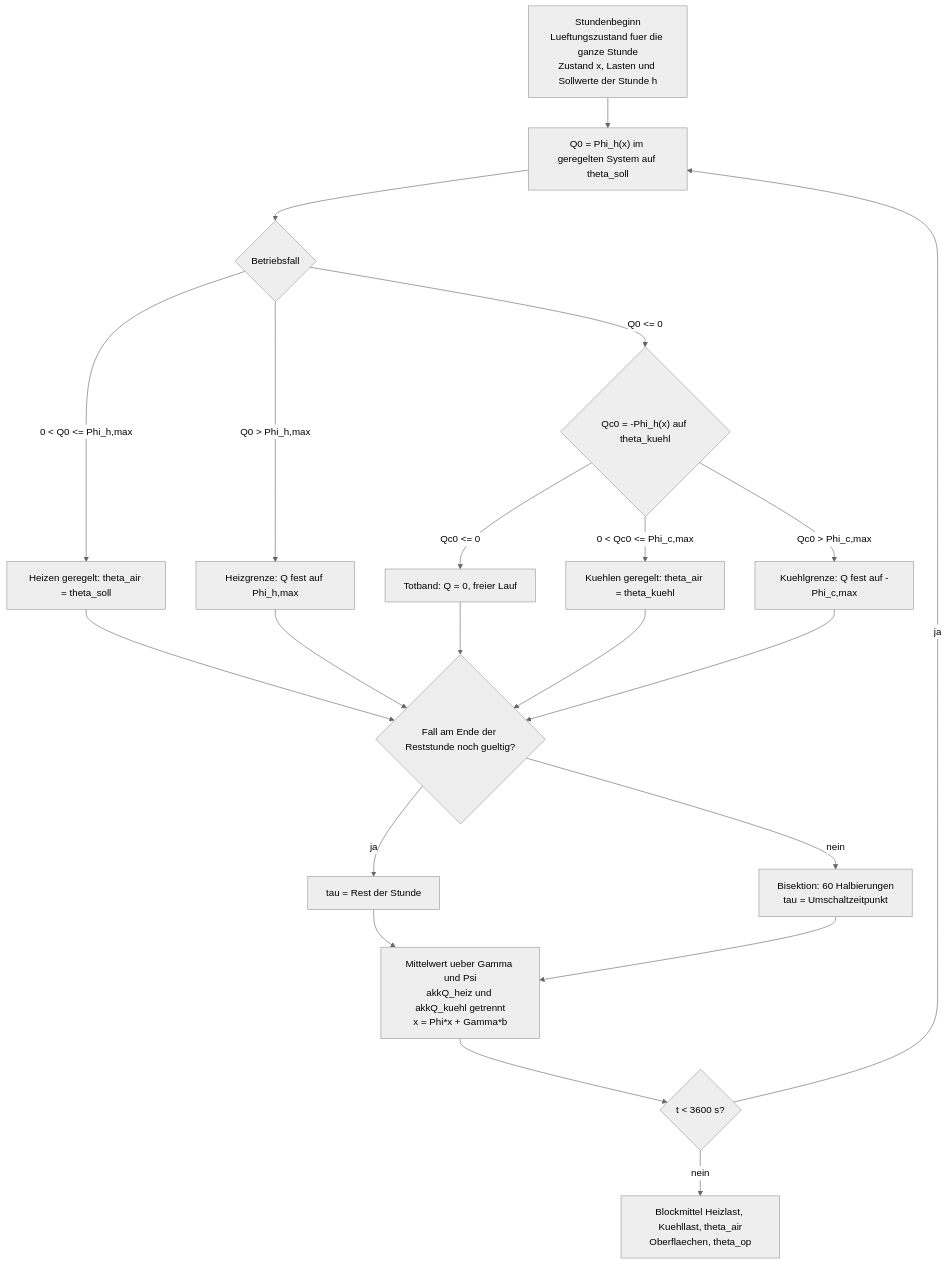
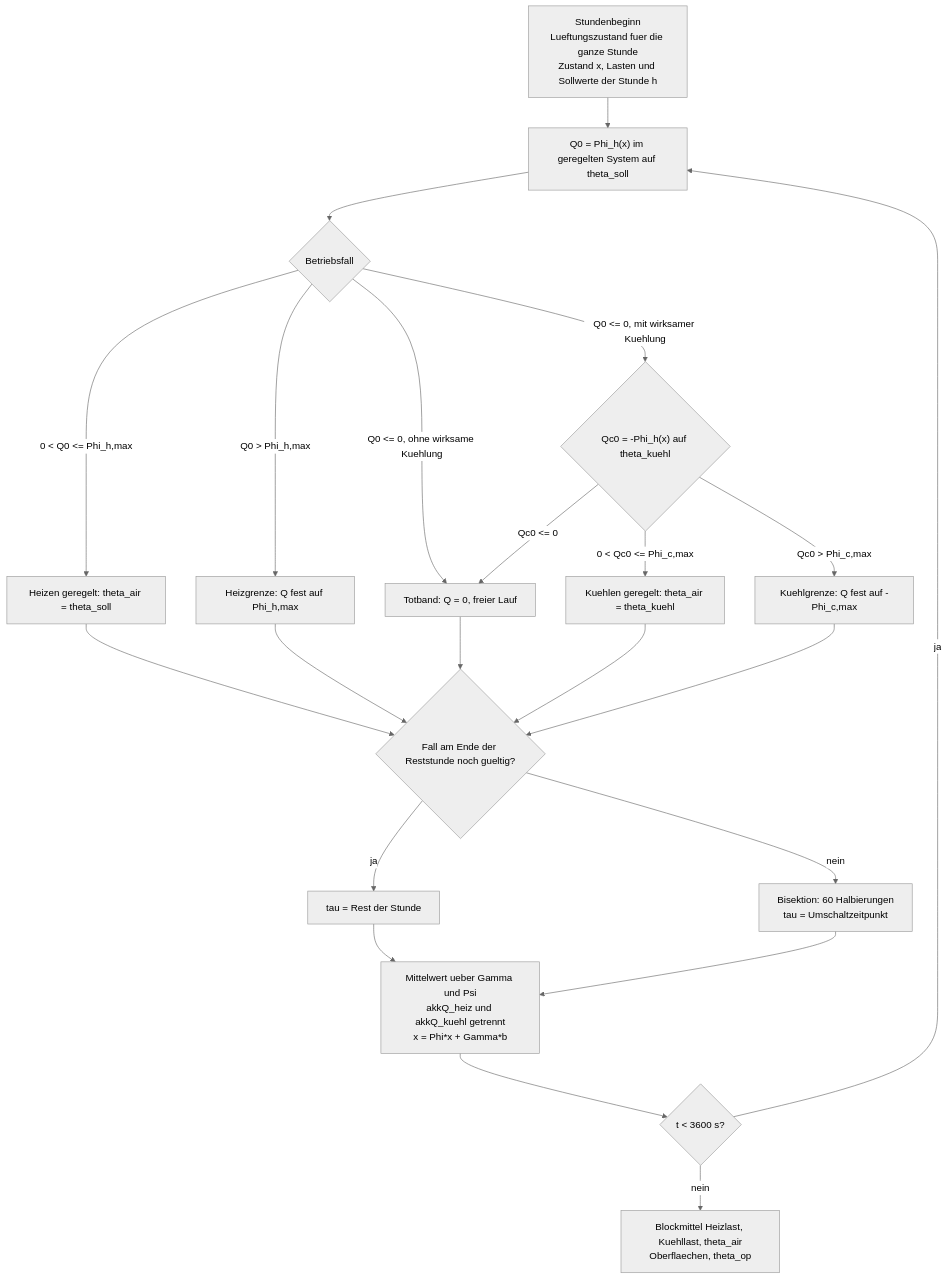
One commit to inekon/EPOS-Plan changed the second of 2 diagrams in Dokumentation/aktuell/Rechenschritte_Gebaeudesimulation_VDI6007_EPOS-Plan.md. Above: the diagram before and after it, drawn with Mermaid (neutral theme). The commit also changed other lines of this file and 32 other files, not shown here.

````diff
--- a/Dokumentation/aktuell/Rechenschritte_Gebaeudesimulation_VDI6007_EPOS-Plan.md
+++ b/Dokumentation/aktuell/Rechenschritte_Gebaeudesimulation_VDI6007_EPOS-Plan.md
@@ -1067,23 +1075,24 @@
 ```mermaid
 flowchart TD
     S["Stundenbeginn<br/>Lueftungszustand fuer die ganze Stunde<br/>Zustand x, Lasten und Sollwerte der Stunde h"] --> Q["Q0 = Phi_h(x) im geregelten System auf theta_soll"]
     Q --> P{"Betriebsfall"}
     P -->|"0 &lt; Q0 &lt;= Phi_h,max"| R["Heizen geregelt: theta_air = theta_soll"]
     P -->|"Q0 &gt; Phi_h,max"| L["Heizgrenze: Q fest auf Phi_h,max"]
-    P -->|"Q0 &lt;= 0"| K{"Qc0 = -Phi_h(x) auf theta_kuehl"}
+    P -->|"Q0 &lt;= 0, ohne wirksame Kuehlung"| A
+    P -->|"Q0 &lt;= 0, mit wirksamer Kuehlung"| K{"Qc0 = -Phi_h(x) auf theta_kuehl"}
     K -->|"Qc0 &lt;= 0"| A["Totband: Q = 0, freier Lauf"]
     K -->|"0 &lt; Qc0 &lt;= Phi_c,max"| C["Kuehlen geregelt: theta_air = theta_kuehl"]
     K -->|"Qc0 &gt; Phi_c,max"| CG["Kuehlgrenze: Q fest auf -Phi_c,max"]
     R --> V{"Fall am Ende der Reststunde noch gueltig?"}
     L --> V
     A --> V
     C --> V
     CG --> V
     V -->|ja| M["tau = Rest der Stunde"]
     V -->|nein| B["Bisektion: 60 Halbierungen<br/>tau = Umschaltzeitpunkt"]
     M --> I["Mittelwert ueber Gamma und Psi<br/>akkQ_heiz und akkQ_kuehl getrennt<br/>x = Phi*x + Gamma*b"]
     B --> I
     I --> W{"t &lt; 3600 s?"}
     W -->|ja| Q
     W -->|nein| E["Blockmittel Heizlast, Kuehllast, theta_air<br/>Oberflaechen, theta_op"]
 ```
````
